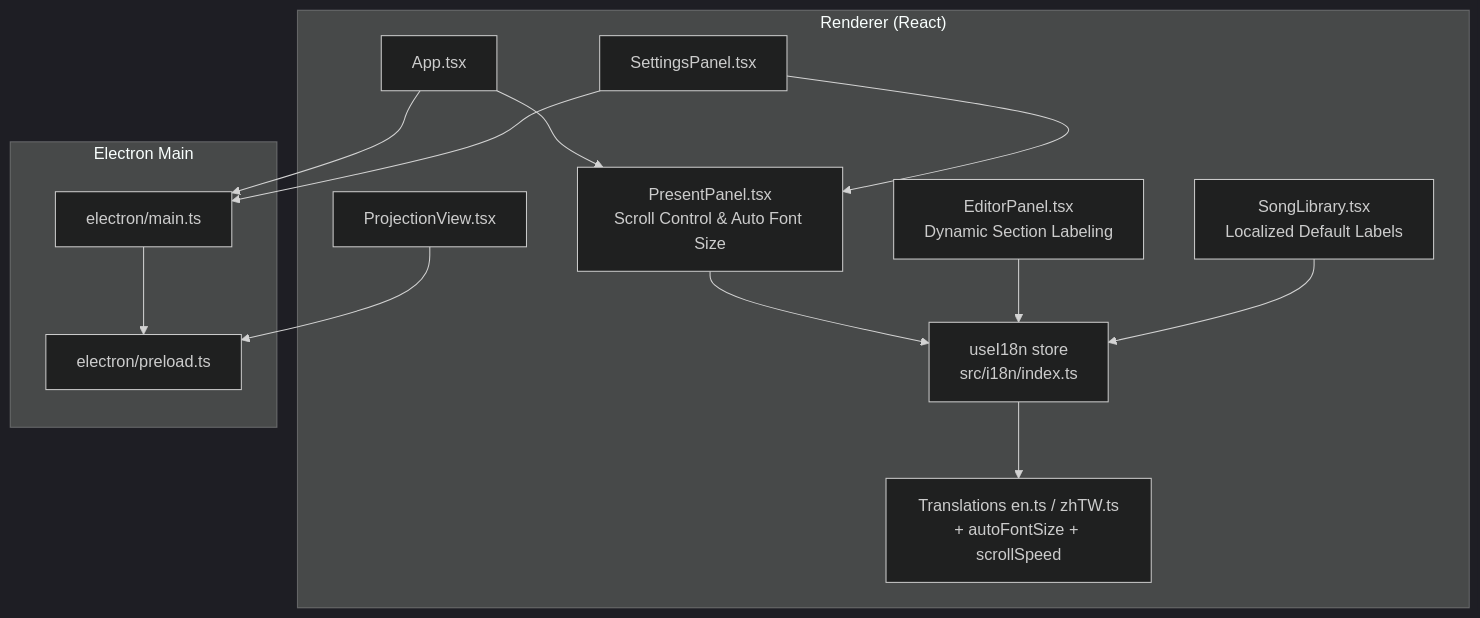
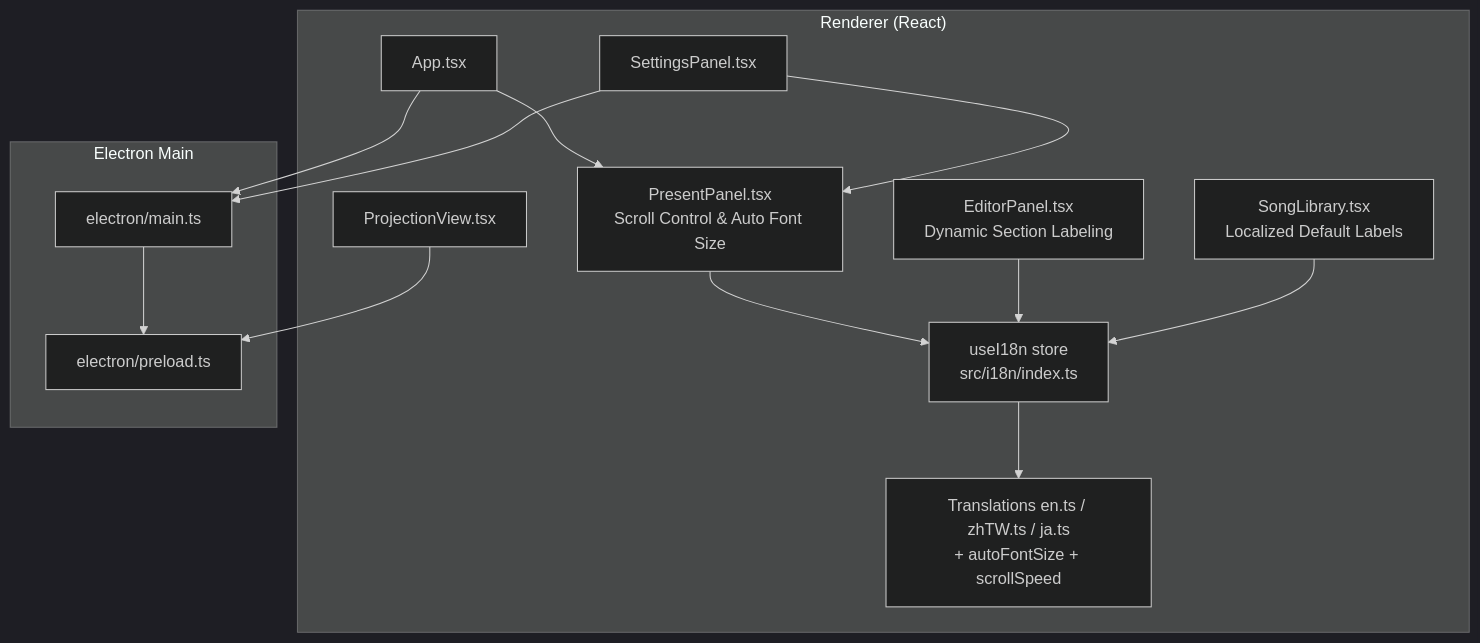
The first of 6 diagrams in .qoder/repowiki/en/content/Internationalization.md (jimmywyk/lyricdeck), drawn with Mermaid (dark theme) before and after one commit. The commit also changed other lines of this file and 11 other files, not shown here.

````diff
--- a/.qoder/repowiki/en/content/Internationalization.md
+++ b/.qoder/repowiki/en/content/Internationalization.md
@@ -51,27 +56,27 @@
 ```mermaid
 graph TB
 subgraph "Renderer (React)"
 A["App.tsx"]
 B["SettingsPanel.tsx"]
 C["ProjectionView.tsx"]
 D["PresentPanel.tsx<br/>Scroll Control & Auto Font Size"]
 E["useI18n store<br/>src/i18n/index.ts"]
-F["Translations en.ts / zhTW.ts<br/>+ autoFontSize + scrollSpeed"]
+F["Translations en.ts / zhTW.ts / ja.ts<br/>+ autoFontSize + scrollSpeed"]
 G["EditorPanel.tsx<br/>Dynamic Section Labeling"]
 H["SongLibrary.tsx<br/>Localized Default Labels"]
 end
 subgraph "Electron Main"
 I["electron/main.ts"]
 J["electron/preload.ts"]
 end
 A --> D
 B --> D
 C --> J
 D --> E
 E --> F
 G --> E
 H --> E
 A --> I
 B --> I
 I --> J
 ```
````
